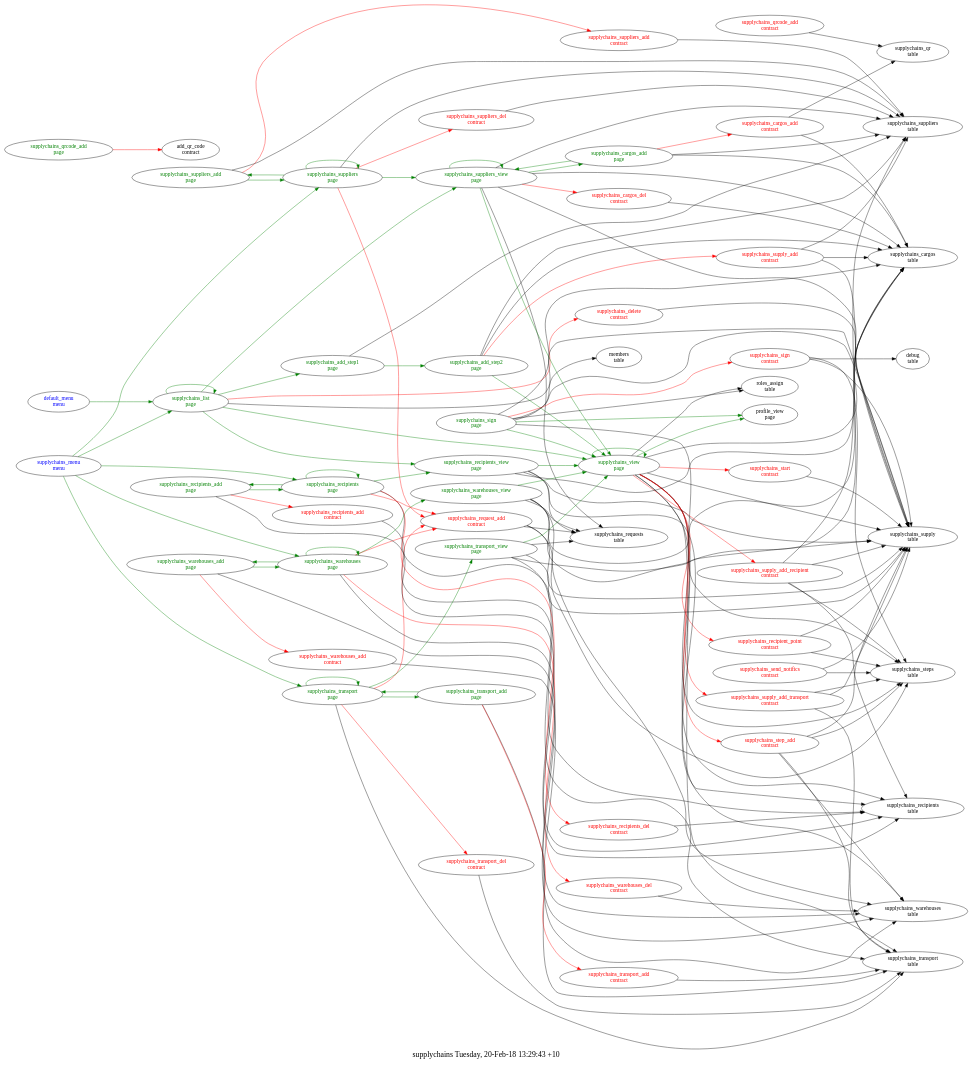
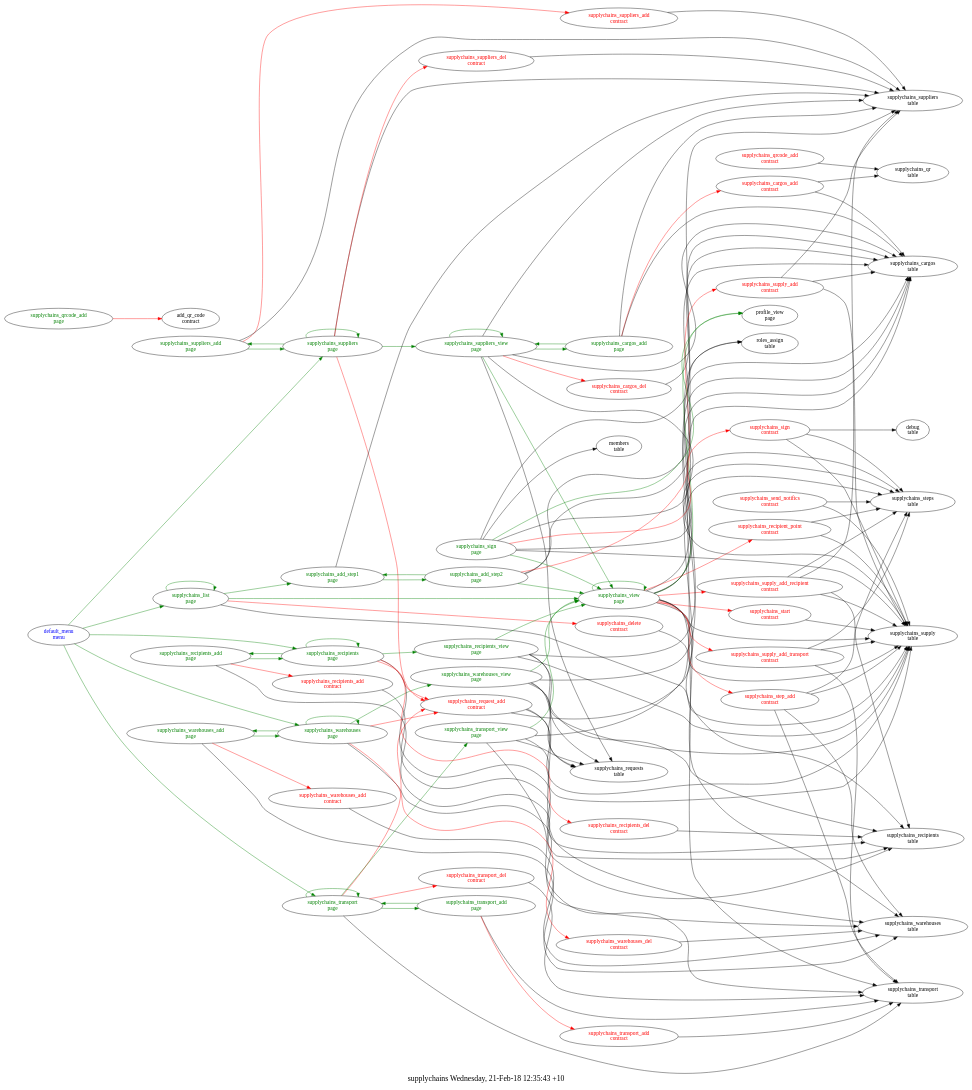
One commit to AplaProject/apps changed the diagram in src/supplychains/struct.dot. Above: the diagram before and after it, drawn with Graphviz. The commit also changed 38 other files, not shown here.

Commit message:
Fix supplychains (step 4)

```diff
--- a/src/supplychains/struct.dot
+++ b/src/supplychains/struct.dot
@@ -1,6 +1,6 @@
 digraph G {
 fontsize="20.0";
-label="supplychains Tuesday, 20-Feb-18 13:29:43 +10";
+label="supplychains Wednesday, 21-Feb-18 12:35:43 +10";
 rankdir=LR;
 "supplychains_cargos_add\ncontract" -> "supplychains_qr\ntable"
 "supplychains_cargos_add\ncontract" -> "supplychains_cargos\ntable"
@@ -62,19 +62,18 @@
 "supplychains_warehouses_del\ncontract" -> "supplychains_warehouses\ntable"
 "supplychains_warehouses_del\ncontract" [fontcolor=red, group=contracts];
 "default_menu\nmenu" -> "supplychains_list\npage"  [ color=green ]
+"default_menu\nmenu" -> "supplychains_suppliers\npage"  [ color=green ]
+"default_menu\nmenu" -> "supplychains_transport\npage"  [ color=green ]
+"default_menu\nmenu" -> "supplychains_warehouses\npage"  [ color=green ]
+"default_menu\nmenu" -> "supplychains_recipients\npage"  [ color=green ]
 "default_menu\nmenu" [fontcolor=blue, group=menus];
-"supplychains_menu\nmenu" -> "supplychains_list\npage"  [ color=green ]
-"supplychains_menu\nmenu" -> "supplychains_suppliers\npage"  [ color=green ]
-"supplychains_menu\nmenu" -> "supplychains_transport\npage"  [ color=green ]
-"supplychains_menu\nmenu" -> "supplychains_warehouses\npage"  [ color=green ]
-"supplychains_menu\nmenu" -> "supplychains_recipients\npage"  [ color=green ]
-"supplychains_menu\nmenu" [fontcolor=blue, group=menus];
 "supplychains_add_step1\npage" -> "supplychains_suppliers\ntable"
 "supplychains_add_step1\npage" -> "supplychains_add_step2\npage"  [ color=green ]
 "supplychains_add_step1\npage" [fontcolor=green, group=pages];
 "supplychains_add_step2\npage" -> "supplychains_supply_add\ncontract"  [ color=red ]
 "supplychains_add_step2\npage" -> "supplychains_suppliers\ntable"
 "supplychains_add_step2\npage" -> "supplychains_cargos\ntable"
+"supplychains_add_step2\npage" -> "supplychains_add_step1\npage"  [ color=green ]
 "supplychains_add_step2\npage" -> "supplychains_view\npage"  [ color=green ]
 "supplychains_add_step2\npage" [fontcolor=green, group=pages];
 "supplychains_cargos_add\npage" -> "supplychains_cargos_add\ncontract"  [ color=red ]
@@ -84,8 +83,6 @@
 "supplychains_cargos_add\npage" [fontcolor=green, group=pages];
 "supplychains_list\npage" -> "supplychains_delete\ncontract"  [ color=red ]
 "supplychains_list\npage" -> "supplychains_supply\ntable"
-"supplychains_list\npage" -> "supplychains_suppliers_view\npage"  [ color=green ]
-"supplychains_list\npage" -> "supplychains_recipients_view\npage"  [ color=green ]
 "supplychains_list\npage" -> "supplychains_list\npage"  [ color=green ]
 "supplychains_list\npage" -> "supplychains_view\npage"  [ color=green ]
 "supplychains_list\npage" -> "supplychains_add_step1\npage"  [ color=green ]
```
